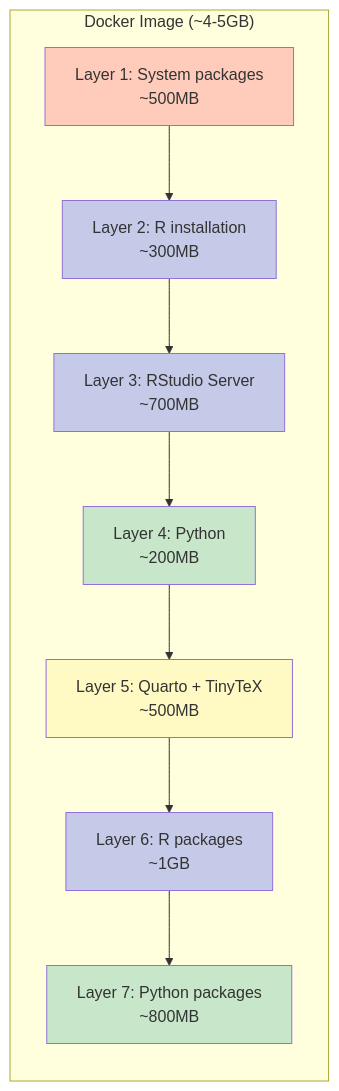
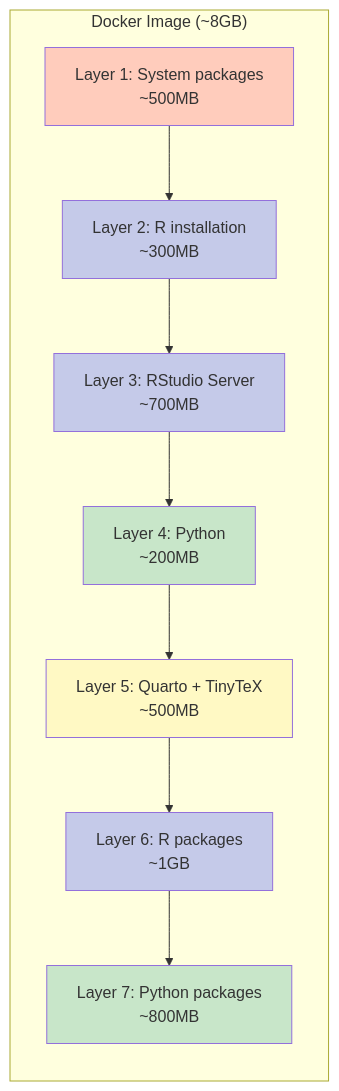
One commit to shawntz/datasci-homelab changed the second of 15 diagrams in docs/architecture.md. Above: the diagram before and after it, drawn with Mermaid. The commit also changed other lines of this file and 6 other files, not shown here.

First line of the commit message:
Update docs for R 4.5.2, Python 3.10, and image size

````diff
--- a/docs/architecture.md
+++ b/docs/architecture.md
@@ -47,23 +47,23 @@
 ```mermaid
 flowchart LR
-    subgraph Image["Docker Image (~4-5GB)"]
+    subgraph Image["Docker Image (~8GB)"]
         direction TB
-        L1["Layer 1: System packages<br/>~500MB"]
-        L2["Layer 2: R installation<br/>~300MB"]
-        L3["Layer 3: RStudio Server<br/>~700MB"]
-        L4["Layer 4: Python<br/>~200MB"]
-        L5["Layer 5: Quarto + TinyTeX<br/>~500MB"]
-        L6["Layer 6: R packages<br/>~1GB"]
-        L7["Layer 7: Python packages<br/>~800MB"]
+        L1[Layer 1: System packages\n~500MB]
+        L2[Layer 2: R installation\n~300MB]
+        L3[Layer 3: RStudio Server\n~700MB]
+        L4[Layer 4: Python\n~200MB]
+        L5[Layer 5: Quarto + TinyTeX\n~500MB]
+        L6[Layer 6: R packages\n~1GB]
+        L7[Layer 7: Python packages\n~800MB]
 
         L1 --> L2 --> L3 --> L4 --> L5 --> L6 --> L7
     end
 
     style L1 fill:#ffccbc
     style L2 fill:#c5cae9
     style L3 fill:#c5cae9
     style L4 fill:#c8e6c9
     style L5 fill:#fff9c4
     style L6 fill:#c5cae9
     style L7 fill:#c8e6c9
 ```
````
